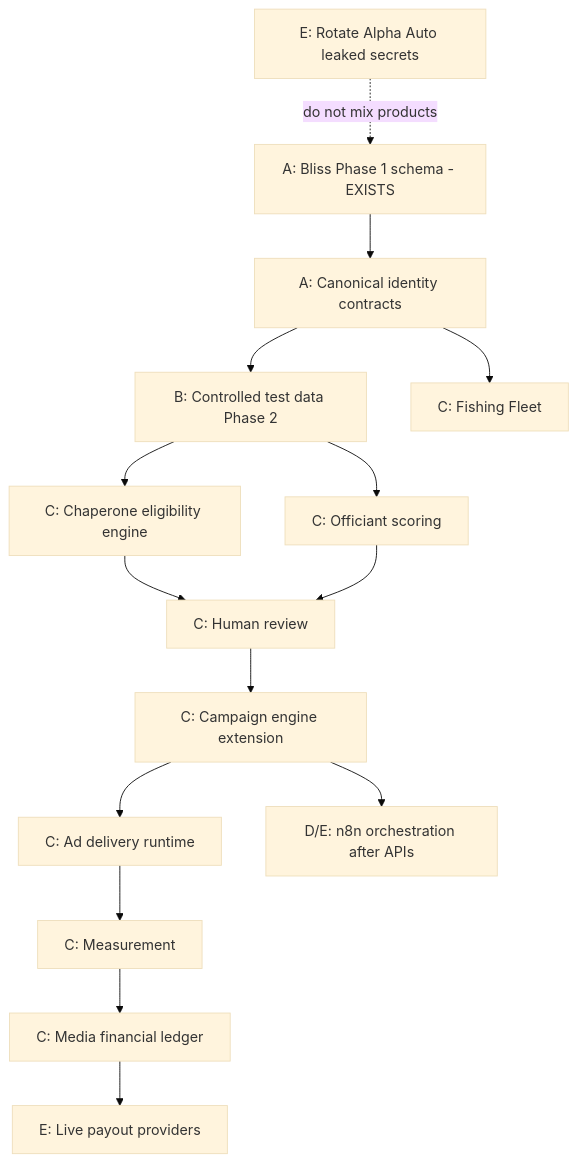
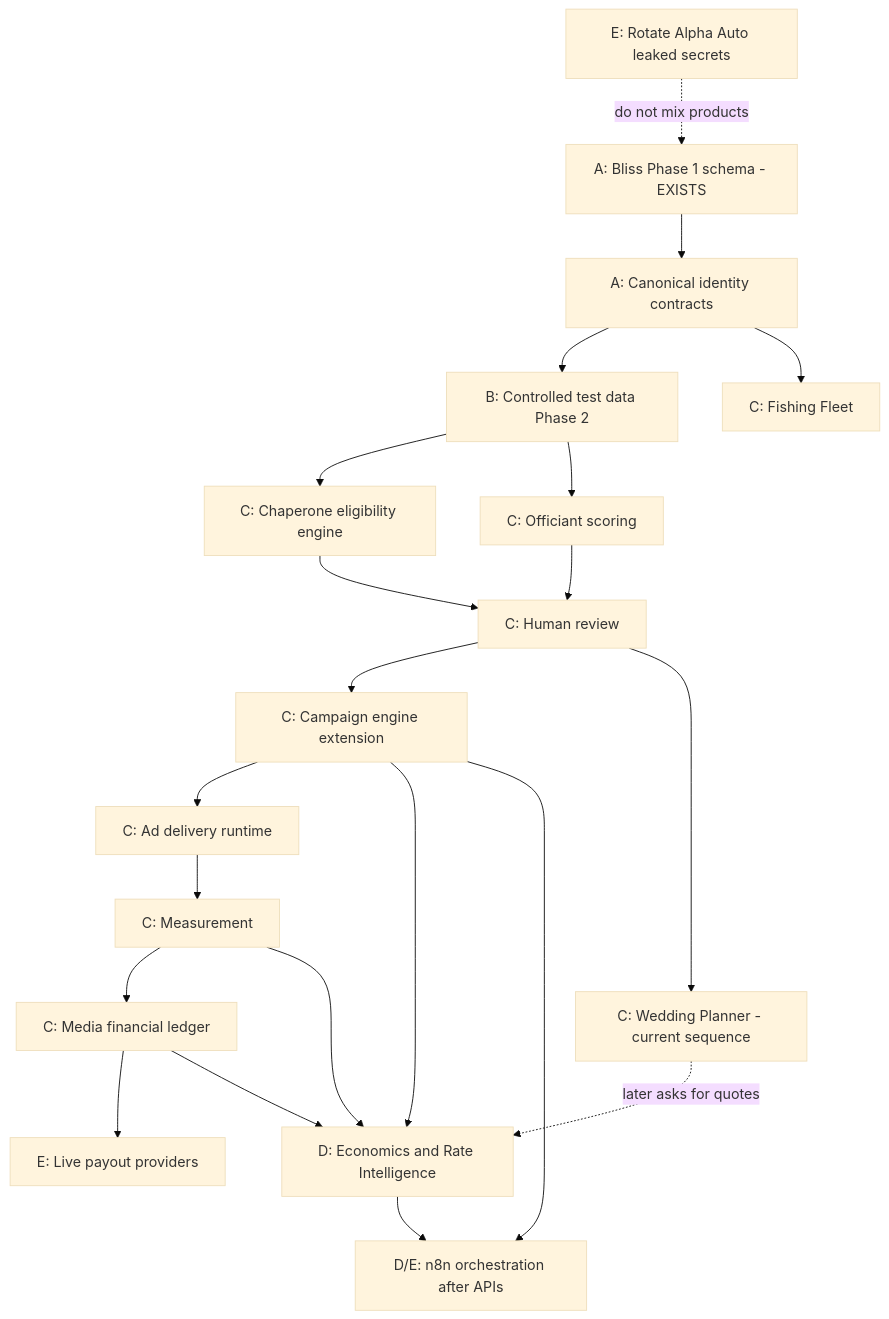
One commit to Coxskull/Bliss_Bot_Chapel changed the diagram in docs/ai-development-fleet/dependency-map.md. Above: the diagram before and after it, drawn with Mermaid (base theme). The commit also changed other lines of this file and 23 other files, not shown here.

First line of the commit message:
Document future Bliss Economics and Rate Intelligence engine.

````diff
--- a/docs/ai-development-fleet/dependency-map.md
+++ b/docs/ai-development-fleet/dependency-map.md
@@ -13,32 +13,40 @@
 ```mermaid
 flowchart TD
   SEC[E: Rotate Alpha Auto leaked secrets]
   P1[A: Bliss Phase 1 schema - EXISTS]
   ID[A: Canonical identity contracts]
   DATA[B: Controlled test data Phase 2]
   CHAP[C: Chaperone eligibility engine]
   OFF[C: Officiant scoring]
   FF[C: Fishing Fleet]
   HUM[C: Human review]
   CAMP[C: Campaign engine extension]
+  ECO[D: Economics and Rate Intelligence]
+  WP[C: Wedding Planner - current sequence]
   DEL[C: Ad delivery runtime]
   MEAS[C: Measurement]
   LED[C: Media financial ledger]
   PAY[E: Live payout providers]
   N8N[D/E: n8n orchestration after APIs]
 
   SEC -.->|do not mix products| P1
   P1 --> ID
   ID --> DATA
   DATA --> CHAP
   DATA --> OFF
   ID --> FF
   CHAP --> HUM
   OFF --> HUM
   HUM --> CAMP
+  HUM --> WP
   CAMP --> DEL
+  WP -.->|later asks for quotes| ECO
+  CAMP --> ECO
   DEL --> MEAS
   MEAS --> LED
+  MEAS --> ECO
   LED --> PAY
+  LED --> ECO
   CAMP --> N8N
+  ECO --> N8N
 ```
````
